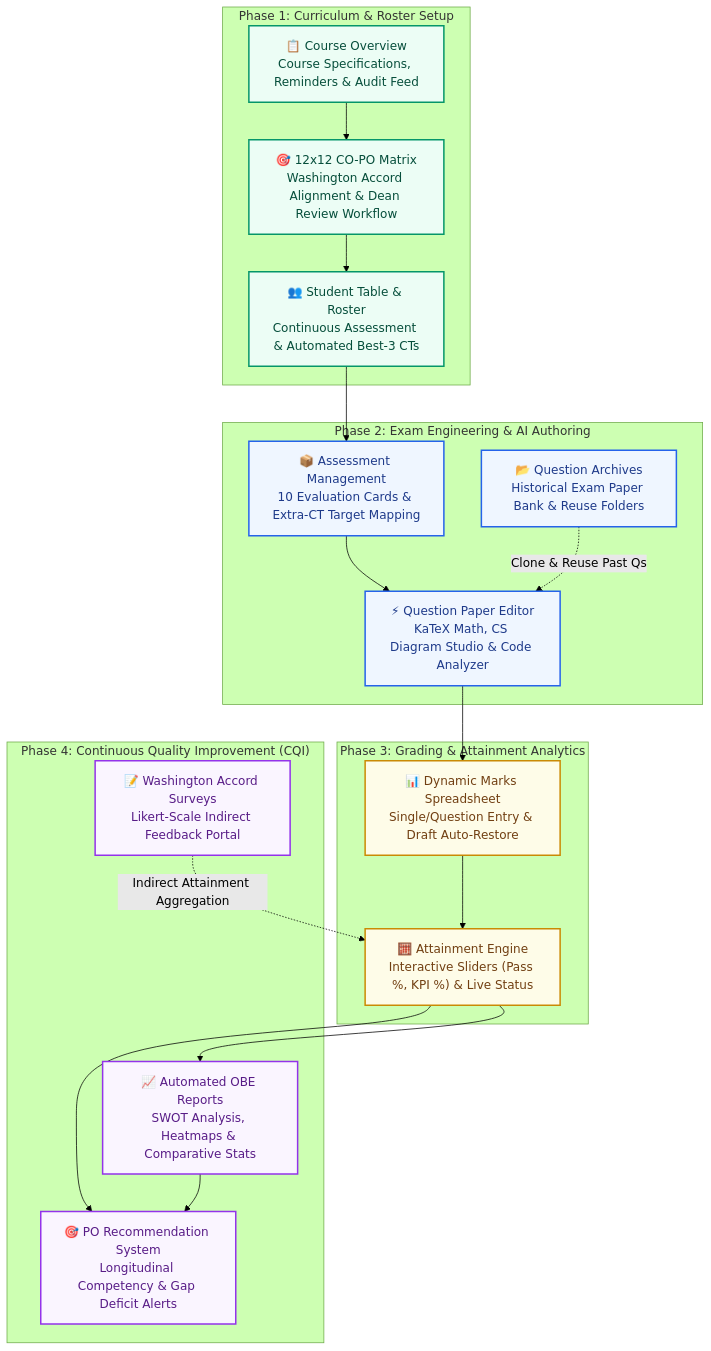
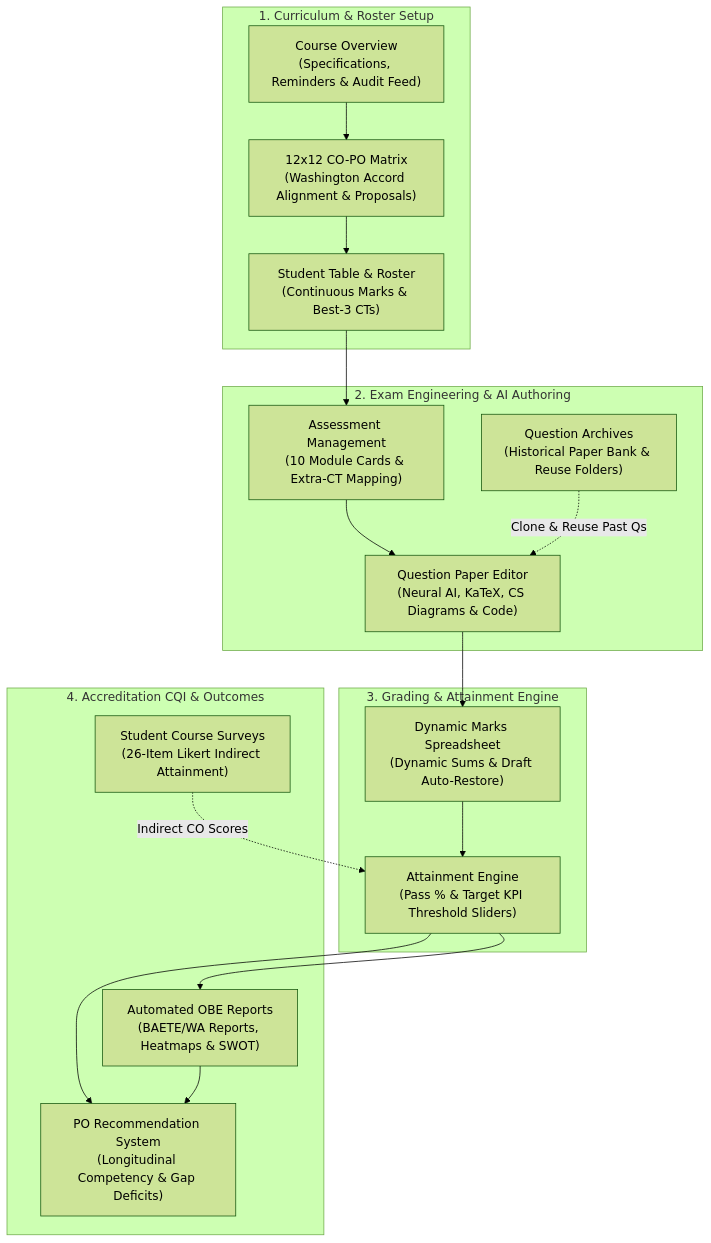
The second of 6 diagrams in README.md (sarkarjoy86/Student-Outcome-Analyzer), drawn with Mermaid (forest theme) before and after one commit. The commit also changed other lines of this file, not shown here.

Commit message:
Harmonize Teacher Dashboard architecture diagram style, prioritize ML suite with fine-tuning dataset details, spotlight CS Diagram Studio & Code analyzer, and deepen BAETE-aligned report analytics

````diff
--- a/README.md
+++ b/README.md
@@ -98,43 +98,37 @@
 ```mermaid
-flowchart TD
-    subgraph Phase1 ["Phase 1: Curriculum & Roster Setup"]
-        Overview["📋 Course Overview\nCourse Specifications, Reminders & Audit Feed"]
-        COPO["🎯 12x12 CO-PO Matrix\nWashington Accord Alignment & Dean Review Workflow"]
-        Roster["👥 Student Table & Roster\nContinuous Assessment & Automated Best-3 CTs"]
+graph TB
+    subgraph Phase1 ["1. Curriculum & Roster Setup"]
+        Overview["Course Overview\n(Specifications, Reminders & Audit Feed)"]
+        COPO["12x12 CO-PO Matrix\n(Washington Accord Alignment & Proposals)"]
+        Roster["Student Table & Roster\n(Continuous Marks & Best-3 CTs)"]
     end
 
-    subgraph Phase2 ["Phase 2: Exam Engineering & AI Authoring"]
-        Assessments["📦 Assessment Management\n10 Evaluation Cards & Extra-CT Target Mapping"]
-        Archives["📂 Question Archives\nHistorical Exam Paper Bank & Reuse Folders"]
-        Editor["⚡ Question Paper Editor\nKaTeX Math, CS Diagram Studio & Code Analyzer"]
+    subgraph Phase2 ["2. Exam Engineering & AI Authoring"]
+        Assessments["Assessment Management\n(10 Module Cards & Extra-CT Mapping)"]
+        Archives["Question Archives\n(Historical Paper Bank & Reuse Folders)"]
+        Editor["Question Paper Editor\n(Neural AI, KaTeX, CS Diagrams & Code)"]
     end
 
-    subgraph Phase3 ["Phase 3: Grading & Attainment Analytics"]
-        Marks["📊 Dynamic Marks Spreadsheet\nSingle/Question Entry & Draft Auto-Restore"]
-        Attainment["🧮 Attainment Engine\nInteractive Sliders (Pass %, KPI %) & Live Status"]
+    subgraph Phase3 ["3. Grading & Attainment Engine"]
+        Marks["Dynamic Marks Spreadsheet\n(Dynamic Sums & Draft Auto-Restore)"]
+        Attainment["Attainment Engine\n(Pass % & Target KPI Threshold Sliders)"]
     end
 
-    subgraph Phase4 ["Phase 4: Continuous Quality Improvement (CQI)"]
-        Reports["📈 Automated OBE Reports\nSWOT Analysis, Heatmaps & Comparative Stats"]
-        PORec["🎯 PO Recommendation System\nLongitudinal Competency & Gap Deficit Alerts"]
-        Surveys["📝 Washington Accord Surveys\nLikert-Scale Indirect Feedback Portal"]
+    subgraph Phase4 ["4. Accreditation CQI & Outcomes"]
+        Reports["Automated OBE Reports\n(BAETE/WA Reports, Heatmaps & SWOT)"]
+        PORec["PO Recommendation System\n(Longitudinal Competency & Gap Deficits)"]
+        Surveys["Student Course Surveys\n(26-Item Likert Indirect Attainment)"]
     end
 
-    Overview --> COPO --> Roster --> Assessments
+    Overview --> COPO
+    COPO --> Roster
+    Roster --> Assessments
     Assessments --> Editor
     Archives -.->|Clone & Reuse Past Qs| Editor
-    Editor --> Marks --> Attainment --> Reports
+    Editor --> Marks
+    Marks --> Attainment
+    Attainment --> Reports
     Attainment --> PORec
-    Surveys -.->|Indirect Attainment Aggregation| Attainment
+    Surveys -.->|Indirect CO Scores| Attainment
     Reports --> PORec
-
-    classDef phase1 fill:#ecfdf5,stroke:#059669,stroke-width:2px,color:#064e3b;
-    classDef phase2 fill:#eff6ff,stroke:#2563eb,stroke-width:2px,color:#1e3a8a;
-    classDef phase3 fill:#fefce8,stroke:#ca8a04,stroke-width:2px,color:#713f12;
-    classDef phase4 fill:#faf5ff,stroke:#9333ea,stroke-width:2px,color:#581c87;
-
-    class Overview,COPO,Roster phase1;
-    class Assessments,Archives,Editor phase2;
-    class Marks,Attainment phase3;
-    class Reports,PORec,Surveys phase4;
 ```
````
